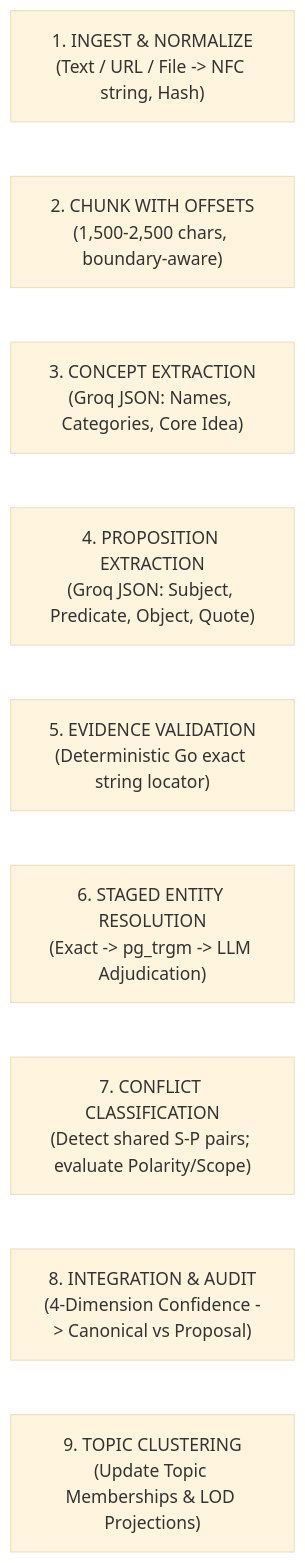
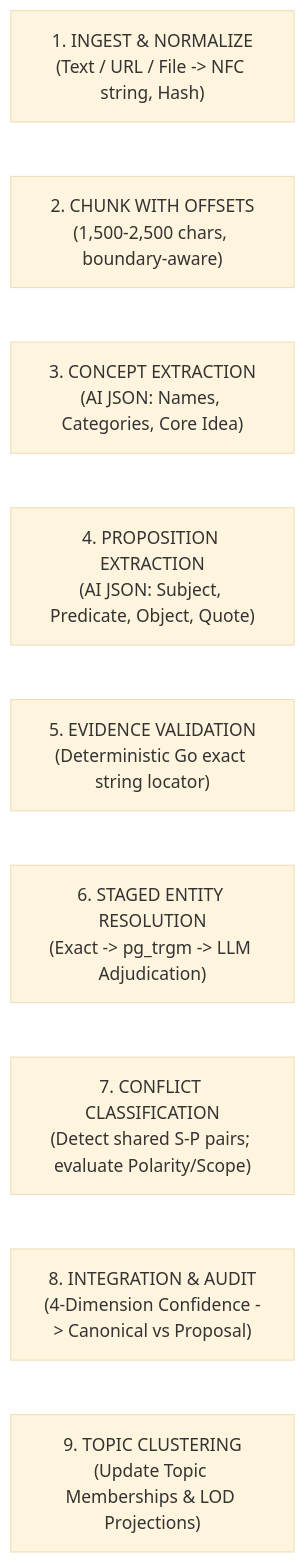
The second of 2 diagrams in docs/gusby/02_TRD.md (FatPandaC8/KBA), drawn with Mermaid before and after one commit. The commit also changed other lines of this file and 10 other files, not shown here.

````diff
--- a/docs/gusby/02_TRD.md
+++ b/docs/gusby/02_TRD.md
@@ -77,12 +82,12 @@
 ```mermaid
 %%{init: {'theme': 'base', 'themeVariables': { 'background': 'transparent', 'clusterBkg': 'none' }}}%%
 flowchart TD
     S1["1. INGEST & NORMALIZE<br/>(Text / URL / File -> NFC string, Hash)"] --> S2["2. CHUNK WITH OFFSETS<br/>(1,500-2,500 chars, boundary-aware)"]
-    S2 --> S3["3. CONCEPT EXTRACTION<br/>(Groq JSON: Names, Categories, Core Idea)"]
-    S3 --> S4["4. PROPOSITION EXTRACTION<br/>(Groq JSON: Subject, Predicate, Object, Quote)"]
+    S2 --> S3["3. CONCEPT EXTRACTION<br/>(AI JSON: Names, Categories, Core Idea)"]
+    S3 --> S4["4. PROPOSITION EXTRACTION<br/>(AI JSON: Subject, Predicate, Object, Quote)"]
     S4 --> S5["5. EVIDENCE VALIDATION<br/>(Deterministic Go exact string locator)"]
     S5 --> S6["6. STAGED ENTITY RESOLUTION<br/>(Exact -> pg_trgm -> LLM Adjudication)"]
     S6 --> S7["7. CONFLICT CLASSIFICATION<br/>(Detect shared S-P pairs; evaluate Polarity/Scope)"]
     S7 --> S8["8. INTEGRATION & AUDIT<br/>(4-Dimension Confidence -> Canonical vs Proposal)"]
     S8 --> S9["9. TOPIC CLUSTERING<br/>(Update Topic Memberships & LOD Projections)"]
 ```
````
